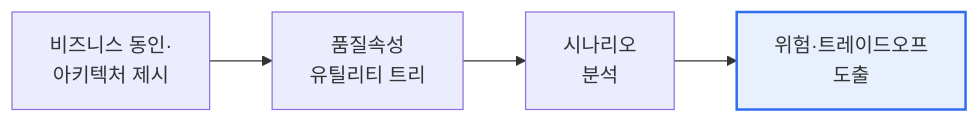
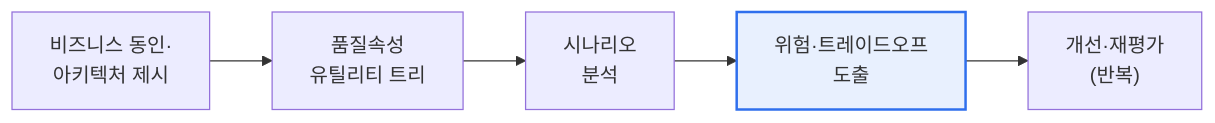
Before and after one commit to coninggu/wjdqhrhksflrltnftk: the first of 2 diagrams in content/software-architecture-analysis.md, drawn with Mermaid. The commit also changed other lines of this file and 3 other files, not shown here.

````diff
--- a/content/software-architecture-analysis.md
+++ b/content/software-architecture-analysis.md
@@ -22,5 +32,6 @@
 ```mermaid
 flowchart LR
   B["비즈니스 동인·<br/>아키텍처 제시"] --> U["품질속성<br/>유틸리티 트리"] --> S["시나리오<br/>분석"] --> R["위험·트레이드오프<br/>도출"]
+  R --> P["개선·재평가<br/>(반복)"]
   style R fill:#e8f0fe,stroke:#2f6fed,stroke-width:2px
 ```
````
